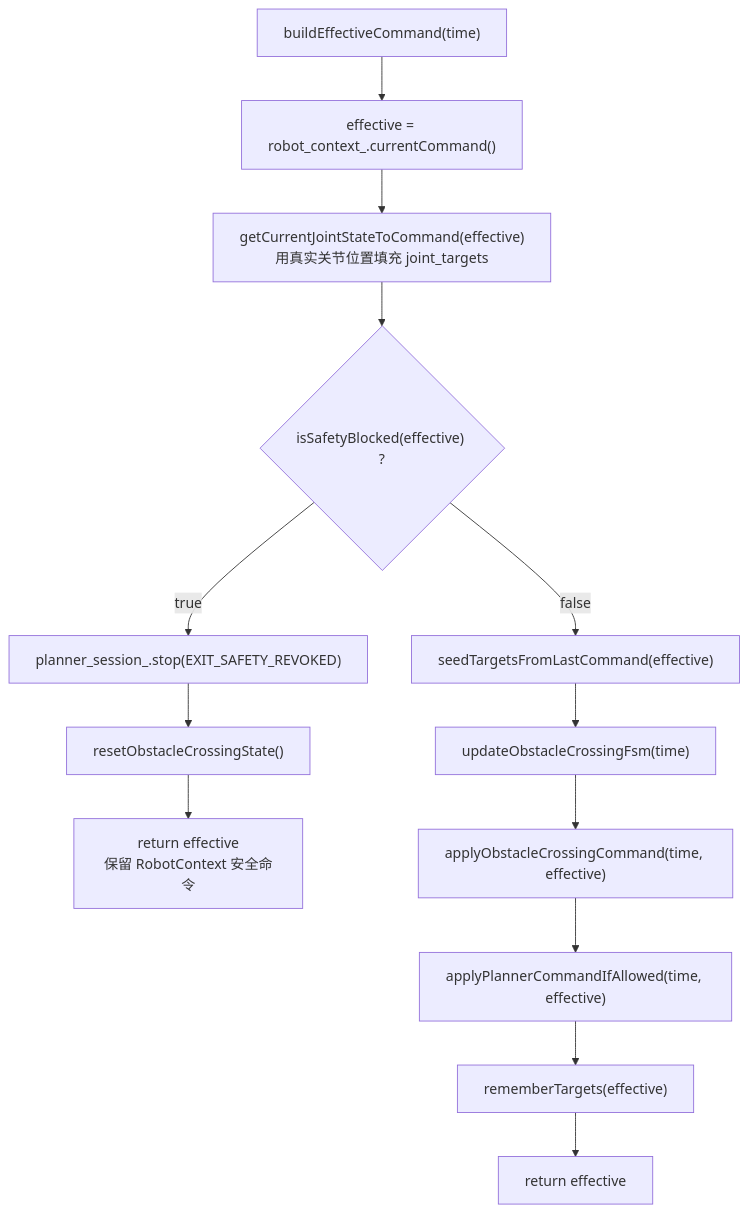
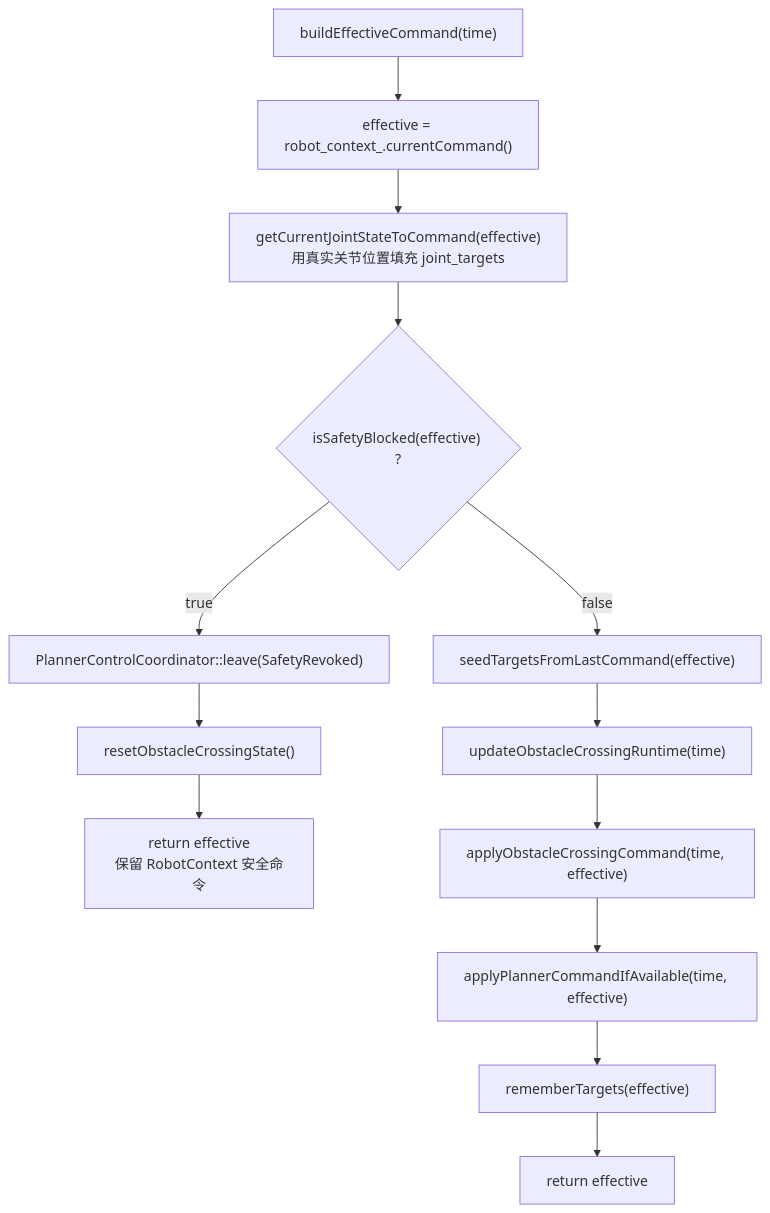
Before and after one commit to major173/b29_control: the fifth of 12 diagrams in b29_controllers/b29_smc_auto_controller/OBSTACLE_CROSSING_WORKFLOW.md, drawn with Mermaid. The commit also changed other lines of this file and 63 other files, not shown here.

Commit message:
Complete the development of the obstacle crossing workflow, integrate the motion planner, and enable lower-level remote control access during obstacle crossing.

````diff
--- a/b29_controllers/b29_smc_auto_controller/OBSTACLE_CROSSING_WORKFLOW.md
+++ b/b29_controllers/b29_smc_auto_controller/OBSTACLE_CROSSING_WORKFLOW.md
@@ -99,15 +101,15 @@
 ```mermaid
 flowchart TD
   B0["buildEffectiveCommand(time)"] --> B1["effective = robot_context_.currentCommand()"]
   B1 --> B2["getCurrentJointStateToCommand(effective)\n用真实关节位置填充 joint_targets"]
   B2 --> B3{"isSafetyBlocked(effective) ?"}
-  B3 -- true --> B4["planner_session_.stop(EXIT_SAFETY_REVOKED)"]
+  B3 -- true --> B4["PlannerControlCoordinator::leave(SafetyRevoked)"]
   B4 --> B5["resetObstacleCrossingState()"]
   B5 --> B6["return effective\n保留 RobotContext 安全命令"]
   B3 -- false --> B7["seedTargetsFromLastCommand(effective)"]
-  B7 --> B8["updateObstacleCrossingFsm(time)"]
+  B7 --> B8["updateObstacleCrossingRuntime(time)"]
   B8 --> B9["applyObstacleCrossingCommand(time, effective)"]
-  B9 --> B10["applyPlannerCommandIfAllowed(time, effective)"]
+  B9 --> B10["applyPlannerCommandIfAvailable(time, effective)"]
   B10 --> B11["rememberTargets(effective)"]
   B11 --> B12["return effective"]
 ```
````
